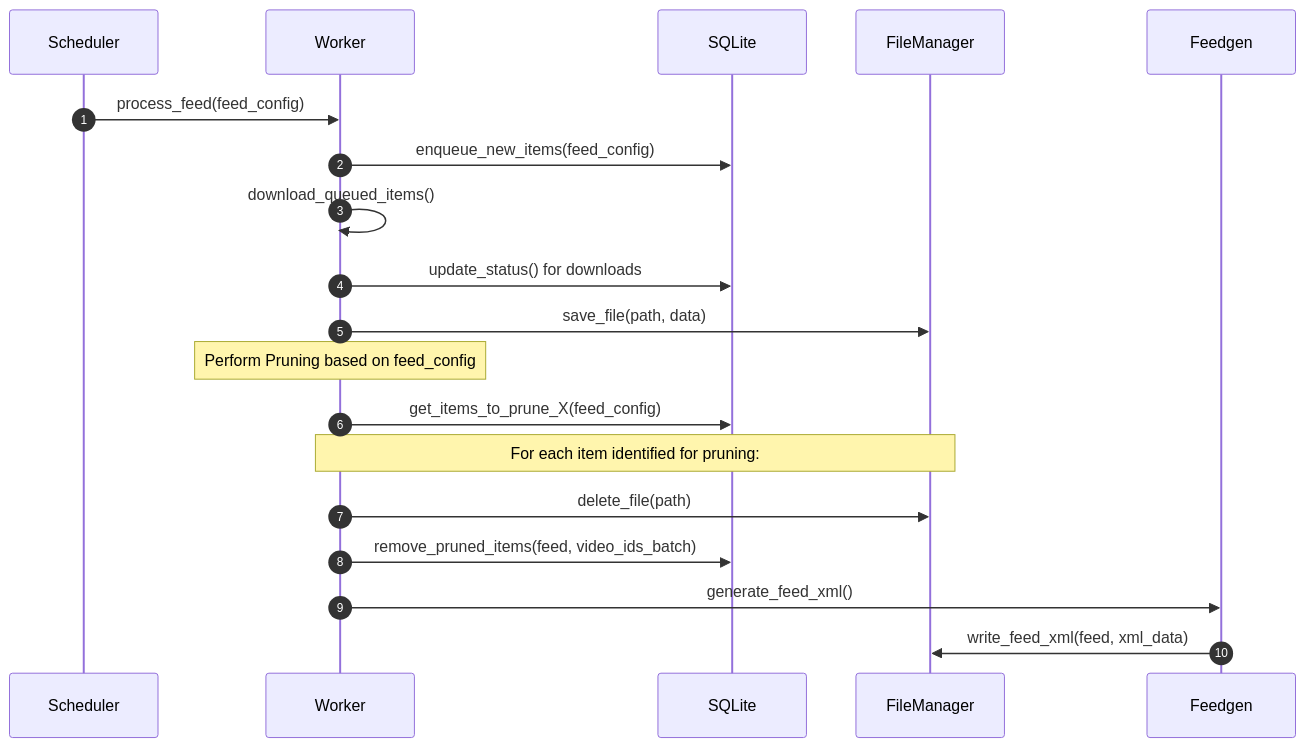
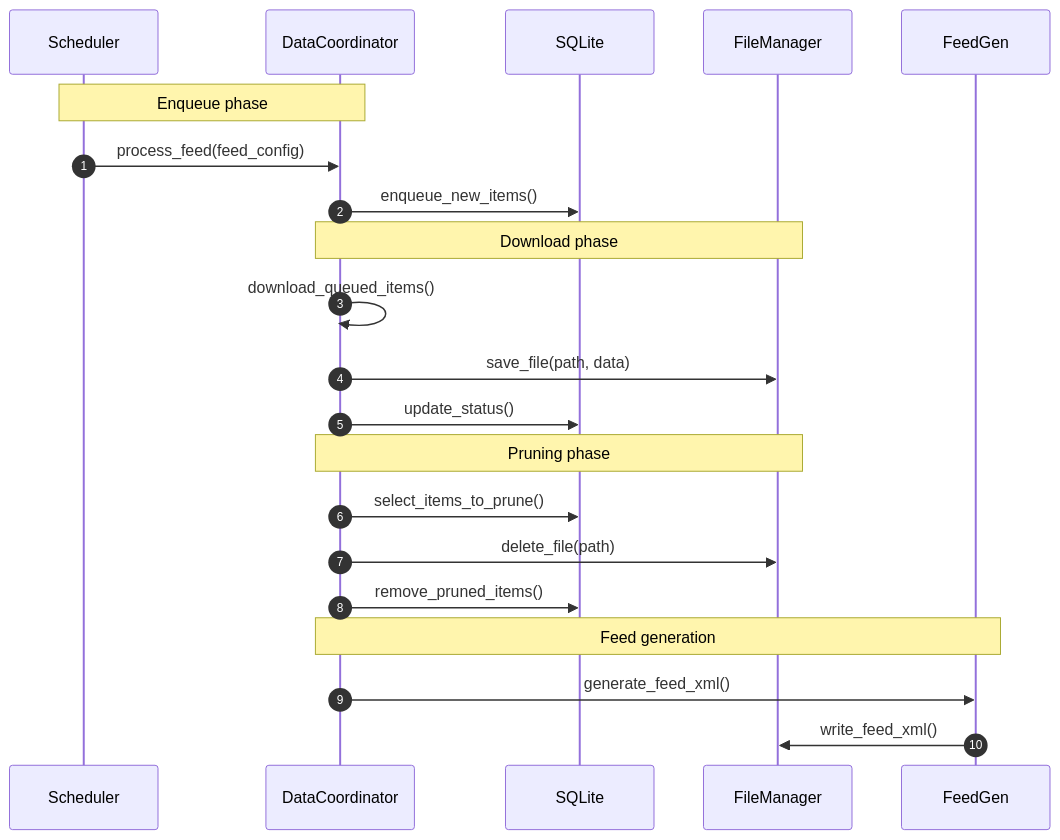
One commit to thurstonsand/anypod changed the second of 2 diagrams in DESIGN_DOC.md. Above: the diagram before and after it, drawn with Mermaid. The commit also changed other lines of this file and 11 other files, not shown here.

````diff
--- a/DESIGN_DOC.md
+++ b/DESIGN_DOC.md
@@ -100,24 +125,27 @@
 ```mermaid
 sequenceDiagram
   autonumber
   participant S as Scheduler
-  participant W as Worker
+  participant DC as DataCoordinator
   participant DB as SQLite
   participant FM as FileManager
-  participant FG as Feedgen
+  participant FG as FeedGen
 
-  S->>W: process_feed(feed_config)
-  W->>DB: enqueue_new_items(feed_config)
-  W->>W: download_queued_items()
-  W->>DB: update_status() for downloads
-  W->>FM: save_file(path, data)
+  Note over S,DC: Enqueue phase
+  S->>DC: process_feed(feed_config)
+  DC->>DB: enqueue_new_items()
 
-  Note over W: Perform Pruning based on feed_config
-  W->>DB: get_items_to_prune_X(feed_config)
-  Note over W, FM: For each item identified for pruning:
-  W->>FM: delete_file(path)
-  W->>DB: remove_pruned_items(feed, video_ids_batch)
+  Note over DC,FM: Download phase
+  DC->>DC: download_queued_items()
+  DC->>FM: save_file(path, data)
+  DC->>DB: update_status()
 
-  W->>FG: generate_feed_xml()
-  FG->>FM: write_feed_xml(feed, xml_data)
+  Note over DC,FM: Pruning phase
+  DC->>DB: select_items_to_prune()
+  DC->>FM: delete_file(path)
+  DC->>DB: remove_pruned_items()
+
+  Note over DC,FG: Feed generation
+  DC->>FG: generate_feed_xml()
+  FG->>FM: write_feed_xml()
 ```
````
